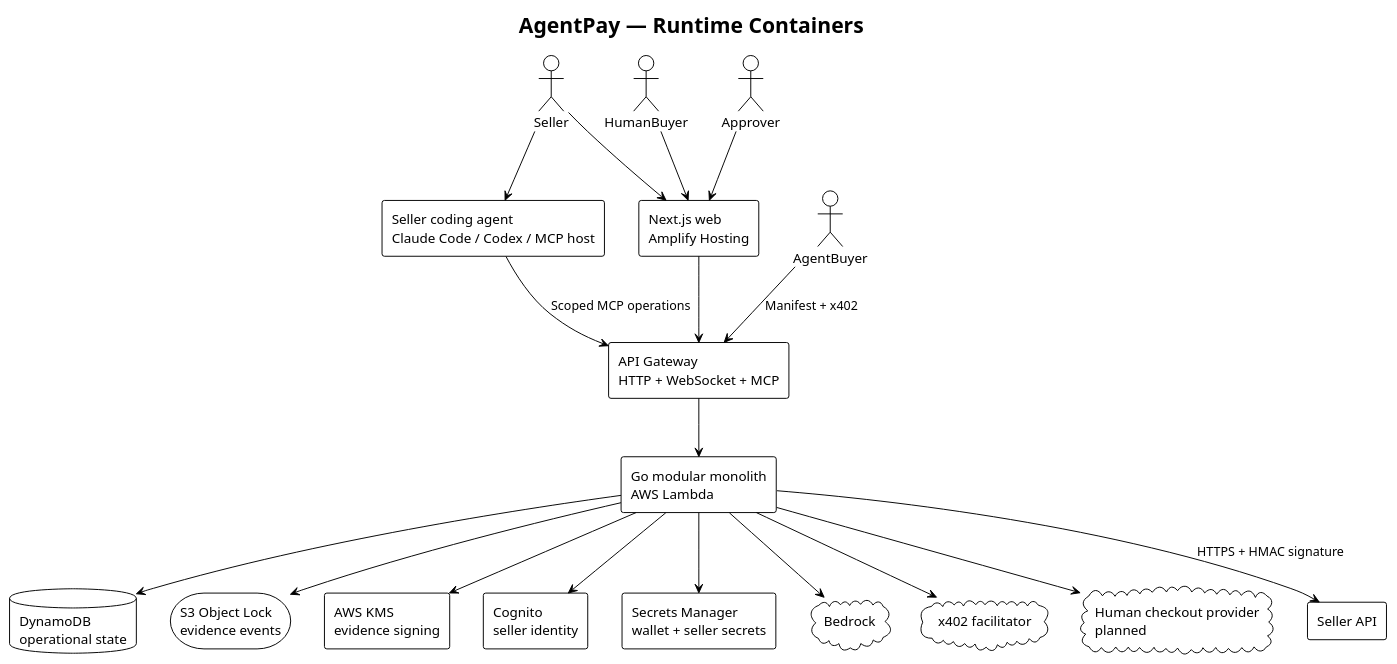
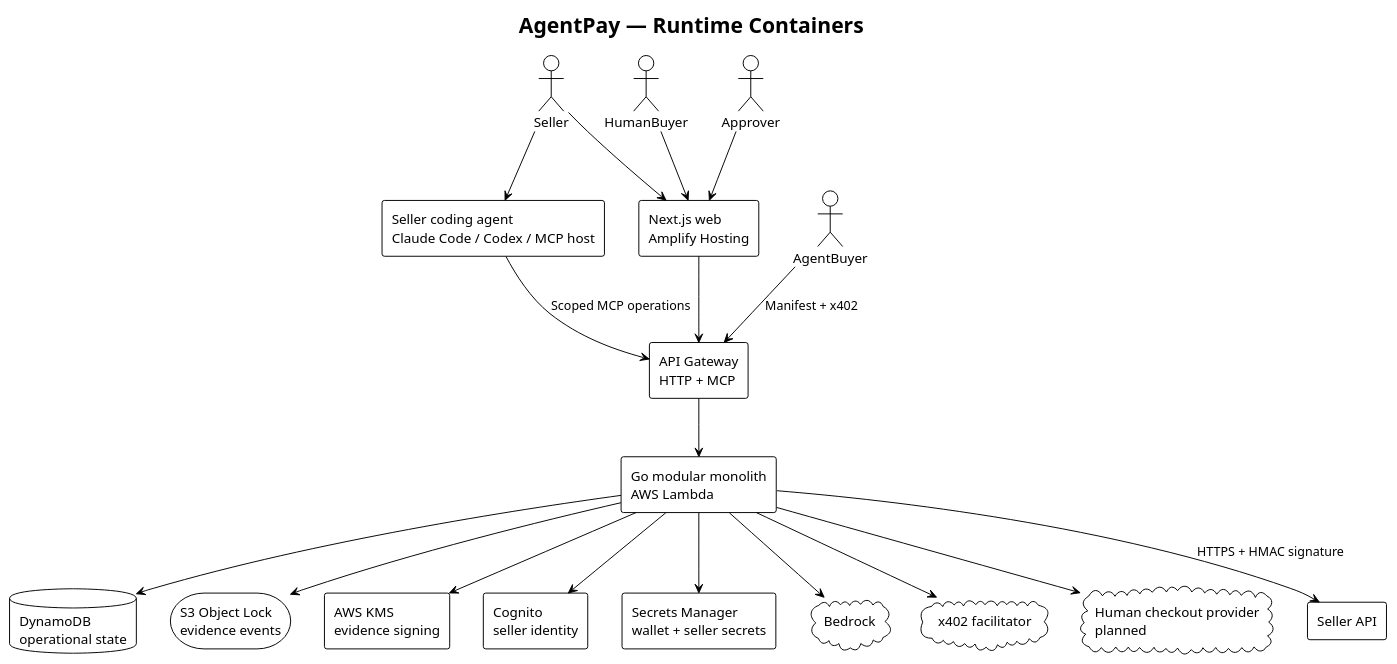
Before and after one commit to PrathamRanka/fourGeez: the diagram in docs/uml/containers.puml, drawn with PlantUML. The commit also changed 95 other files, not shown here.

```diff
--- a/docs/uml/containers.puml
+++ b/docs/uml/containers.puml
@@ -1,41 +1,41 @@
 @startuml AgentPay Containers
 !theme plain
 title AgentPay — Runtime Containers
 
 actor Seller
 actor HumanBuyer
 actor AgentBuyer
 actor Approver
 rectangle "Seller coding agent\nClaude Code / Codex / MCP host" as CodingAgent
 
 rectangle "Next.js web\nAmplify Hosting" as Web
-rectangle "API Gateway\nHTTP + WebSocket + MCP" as Gateway
+rectangle "API Gateway\nHTTP + MCP" as Gateway
 rectangle "Go modular monolith\nAWS Lambda" as API
 database "DynamoDB\noperational state" as DDB
 storage "S3 Object Lock\nevidence events" as S3
 rectangle "AWS KMS\nevidence signing" as KMS
 rectangle "Cognito\nseller identity" as Cognito
 rectangle "Secrets Manager\nwallet + seller secrets" as Secrets
 cloud "Bedrock" as Bedrock
 cloud "x402 facilitator" as Facilitator
 cloud "Human checkout provider\nplanned" as HumanCheckout
 rectangle "Seller API" as SellerAPI
 
 Seller --> Web
 Seller --> CodingAgent
 CodingAgent --> Gateway : Scoped MCP operations
 Approver --> Web
 HumanBuyer --> Web
 AgentBuyer --> Gateway : Manifest + x402
 Web --> Gateway
 Gateway --> API
 API --> DDB
 API --> S3
 API --> KMS
 API --> Cognito
 API --> Secrets
 API --> Bedrock
 API --> Facilitator
 API --> HumanCheckout
 API --> SellerAPI : HTTPS + HMAC signature
 @enduml
```
